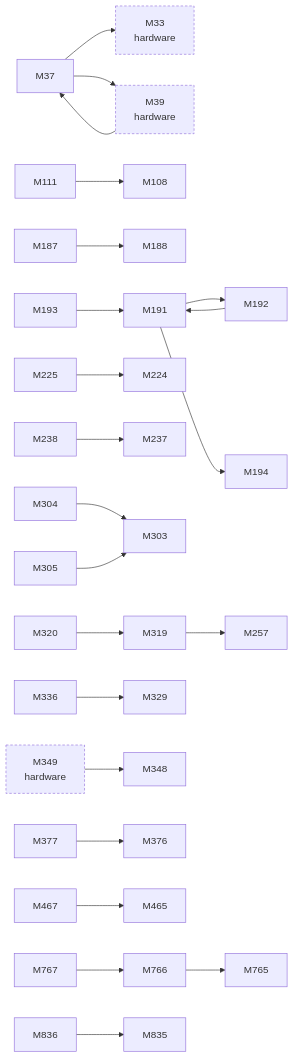
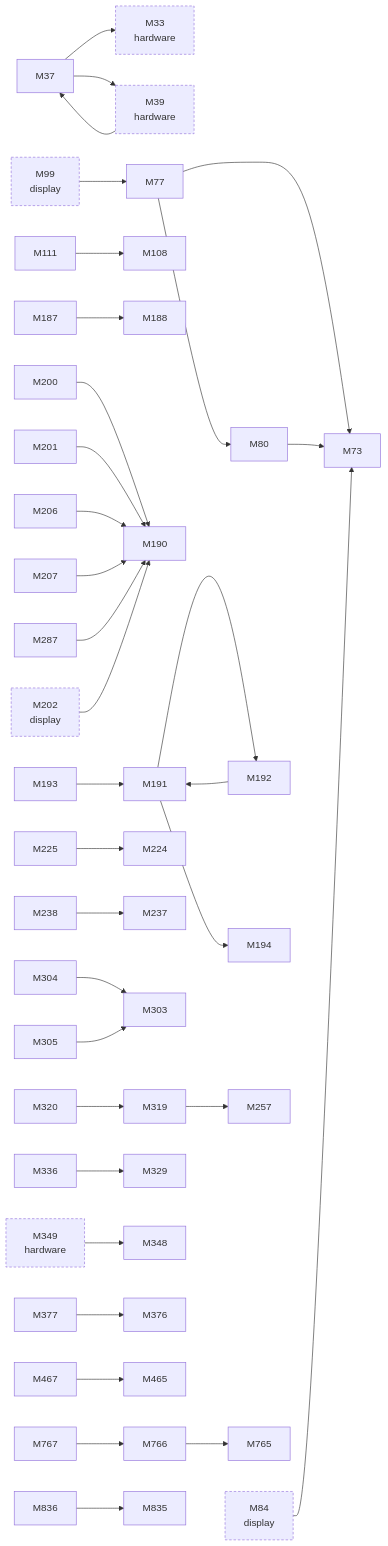
Before and after one commit to D-Ogi/amdgpu-wddm: the third of 3 diagrams in docs/facts/graphs/kmd.md, drawn with Mermaid. The commit also changed other lines of this file and 34 other files, not shown here.

````diff
--- a/docs/facts/graphs/kmd.md
+++ b/docs/facts/graphs/kmd.md
@@ -203,19 +212,31 @@
   M33["M33<br/>hardware"]
   M37["M37"]
   M39["M39<br/>hardware"]
+  M73["M73"]
+  M77["M77"]
+  M80["M80"]
+  M84["M84<br/>display"]
+  M99["M99<br/>display"]
   M108["M108"]
   M111["M111"]
   M187["M187"]
   M188["M188"]
+  M190["M190"]
   M191["M191"]
   M192["M192"]
   M193["M193"]
   M194["M194"]
+  M200["M200"]
+  M201["M201"]
+  M202["M202<br/>display"]
+  M206["M206"]
+  M207["M207"]
   M224["M224"]
   M225["M225"]
   M237["M237"]
   M238["M238"]
   M257["M257"]
+  M287["M287"]
   M303["M303"]
   M304["M304"]
   M305["M305"]
@@ -238,14 +259,22 @@
   M349 --> M348
   M37 --> M33
   M37 --> M39
+  M77 --> M73
+  M77 --> M80
+  M80 --> M73
   M111 --> M108
   M187 --> M188
   M191 --> M192
   M191 --> M194
   M192 --> M191
   M193 --> M191
+  M200 --> M190
+  M201 --> M190
+  M206 --> M190
+  M207 --> M190
   M225 --> M224
   M238 --> M237
+  M287 --> M190
   M304 --> M303
   M305 --> M303
   M319 --> M257
@@ -256,6 +285,9 @@
   M766 --> M765
   M767 --> M766
   M836 --> M835
+  M84 --> M73
+  M99 --> M77
+  M202 --> M190
   classDef other stroke-dasharray:4 3
-  class M33,M39,M349 other
+  class M33,M39,M84,M99,M202,M349 other
 ```
````
